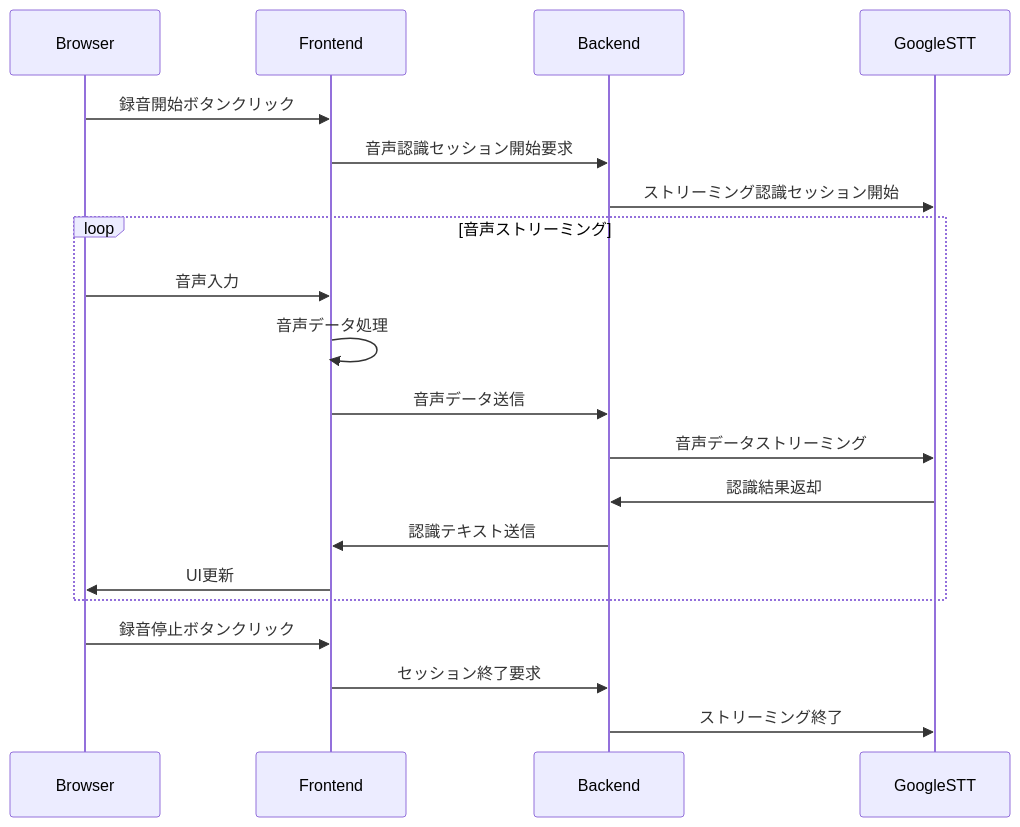
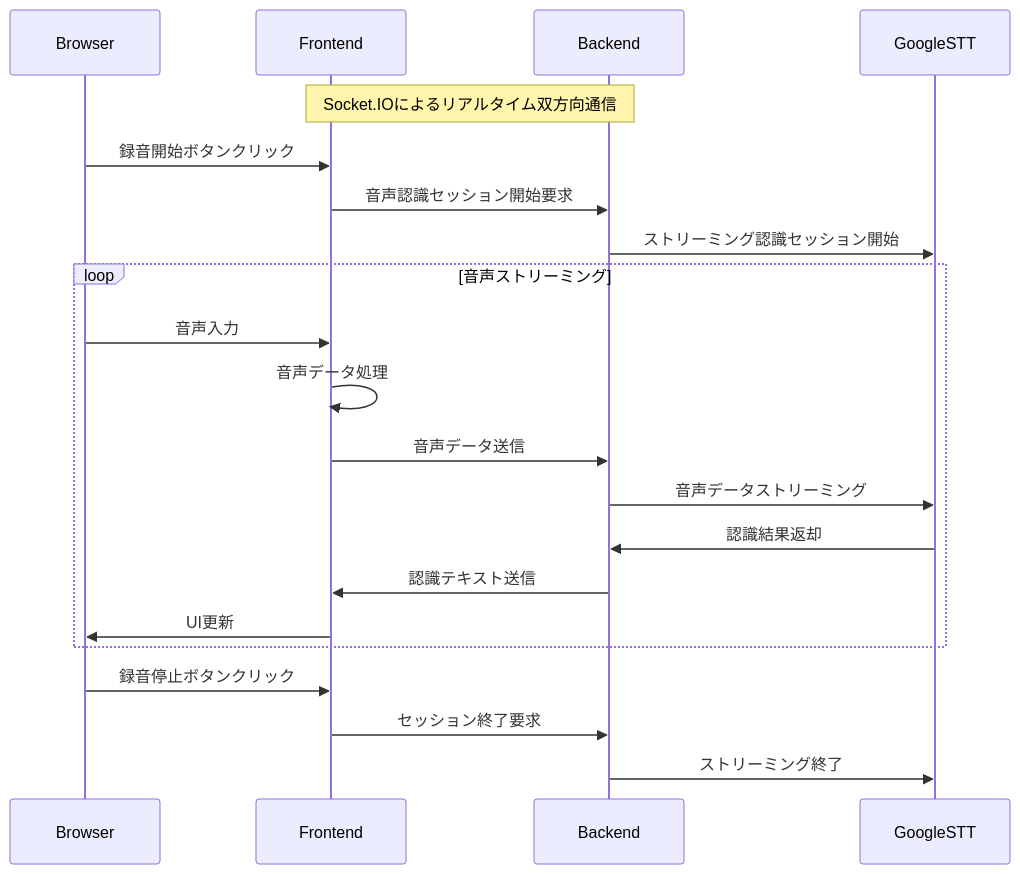
The diagram in docs/communication-flow.md (nakajima97/real-time-transcription-using-google-speech-to-text-built-with-fastapi-and-next), drawn with Mermaid before and after one commit.

Commit message:
#19 socket.ioを使っていることを追記

````diff
--- a/docs/communication-flow.md
+++ b/docs/communication-flow.md
@@ -1,25 +1,27 @@
 ```mermaid
 sequenceDiagram
     participant Browser
     participant Frontend
     participant Backend
     participant GoogleSTT
+
+    Note over Frontend,Backend: Socket.IOによるリアルタイム双方向通信
 
     Browser->>Frontend: 録音開始ボタンクリック
     Frontend->>Backend: 音声認識セッション開始要求
     Backend->>GoogleSTT: ストリーミング認識セッション開始
 
     loop 音声ストリーミング
         Browser->>Frontend: 音声入力
         Frontend->>Frontend: 音声データ処理
         Frontend->>Backend: 音声データ送信
         Backend->>GoogleSTT: 音声データストリーミング
         GoogleSTT->>Backend: 認識結果返却
         Backend->>Frontend: 認識テキスト送信
         Frontend->>Browser: UI更新
     end
 
     Browser->>Frontend: 録音停止ボタンクリック
     Frontend->>Backend: セッション終了要求
     Backend->>GoogleSTT: ストリーミング終了
 ```
````
